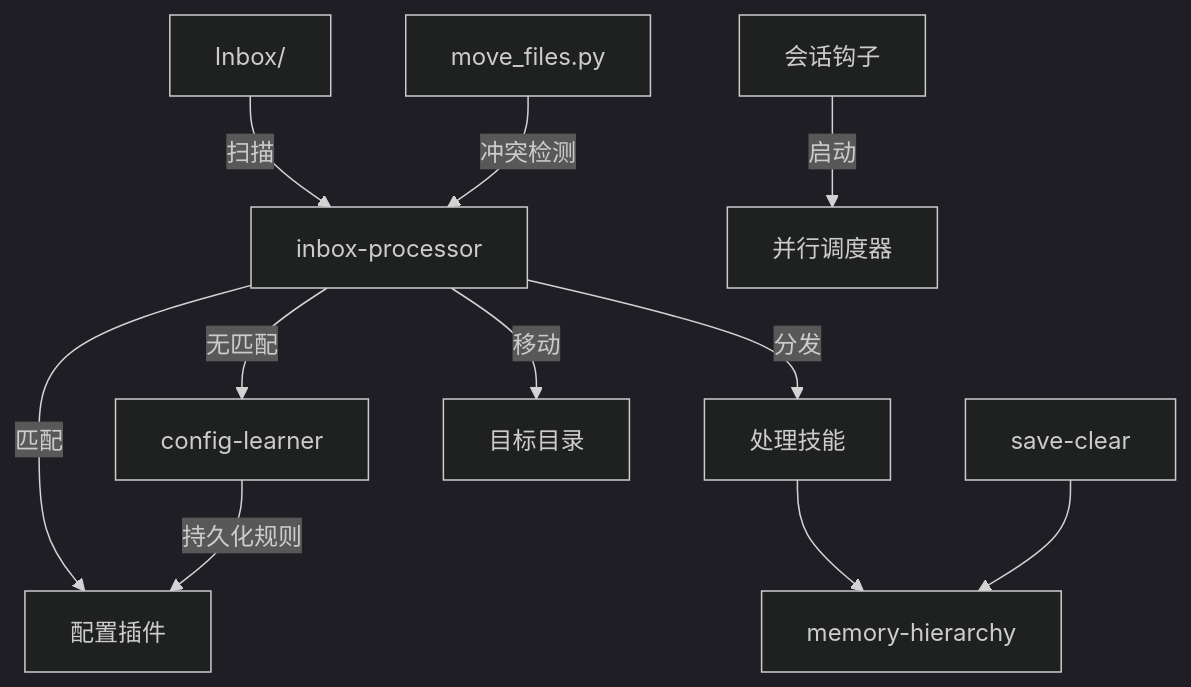
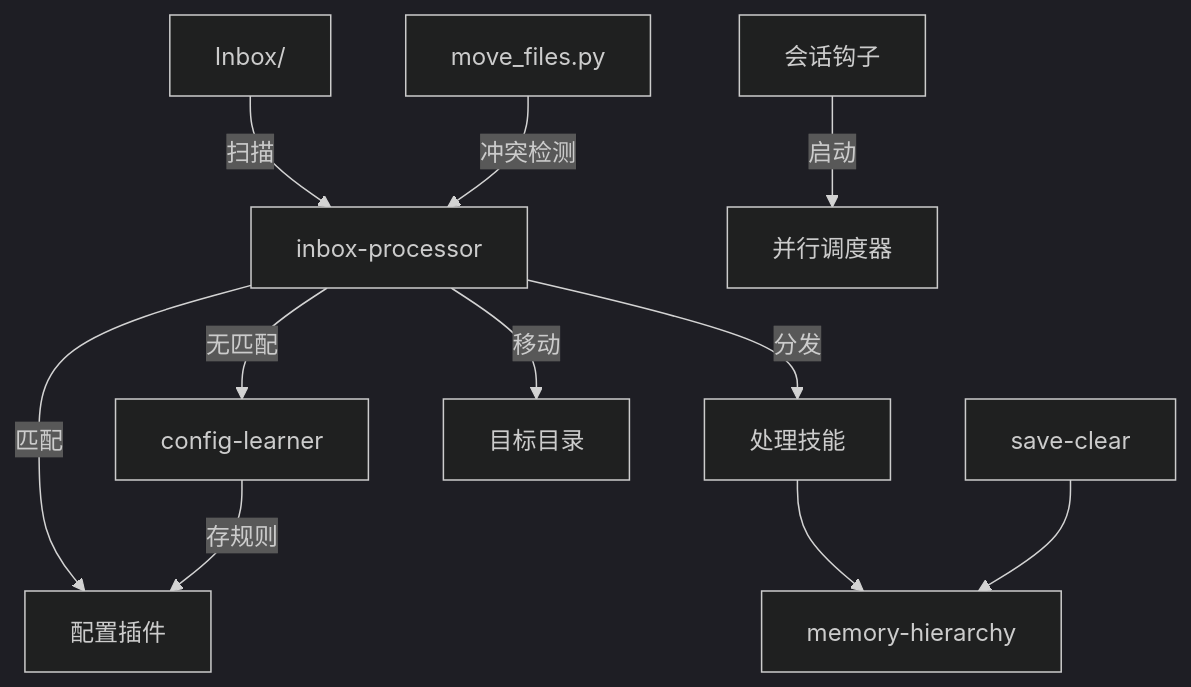
One commit to VanK33/Knowledge-Base-Kit changed the diagram in README_zh.md. Above: the diagram before and after it, drawn with Mermaid (dark theme). The commit also changed other lines of this file and 1 other file, not shown here.

````diff
--- a/README_zh.md
+++ b/README_zh.md
@@ -24,13 +32,13 @@
 ```mermaid
 graph TD
     Inbox[Inbox/] -->|扫描| IP[inbox-processor]
     IP -->|匹配| Plugins[配置插件]
     IP -->|无匹配| CL[config-learner]
-    CL -->|持久化规则| Plugins
+    CL -->|存规则| Plugins
     IP -->|分发| Handler[处理技能]
     IP -->|移动| Target[目标目录]
     MF[move_files.py] -->|冲突检测| IP
     Handler --> MH[memory-hierarchy]
     SC[save-clear] --> MH
     Hooks[会话钩子] -->|启动| Dispatcher[并行调度器]
 ```
````
